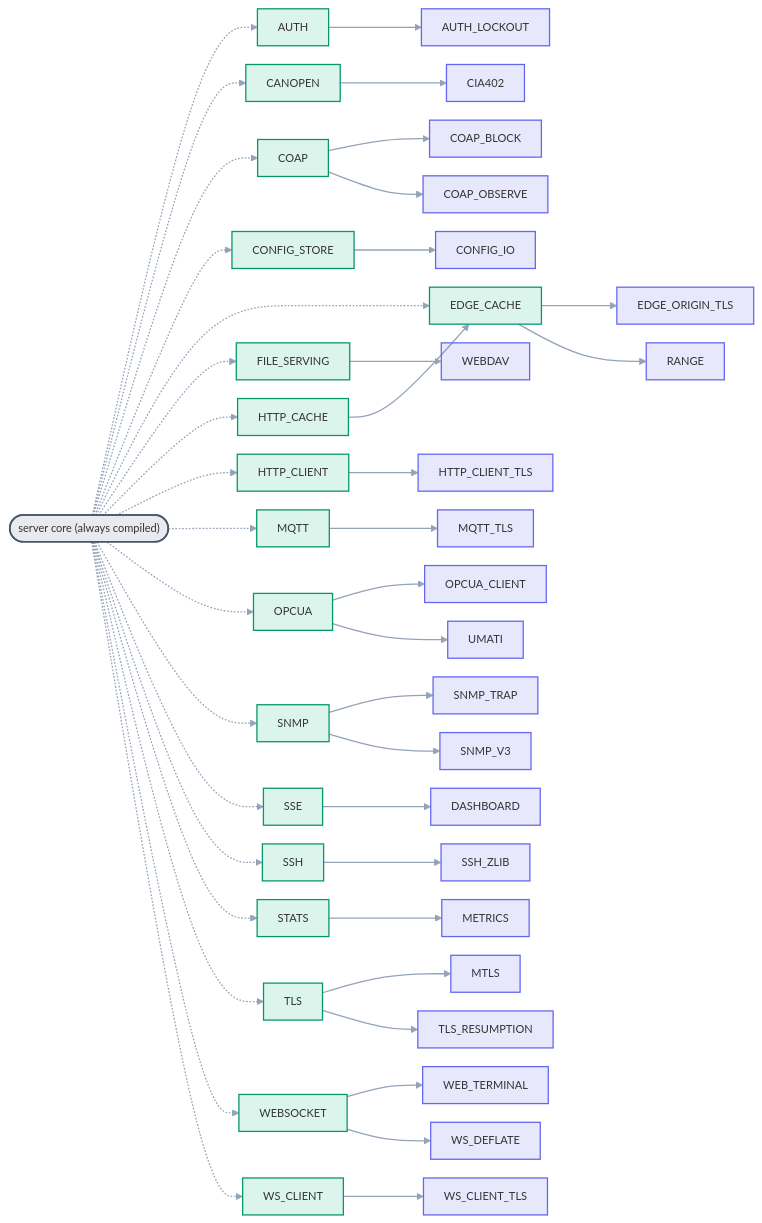
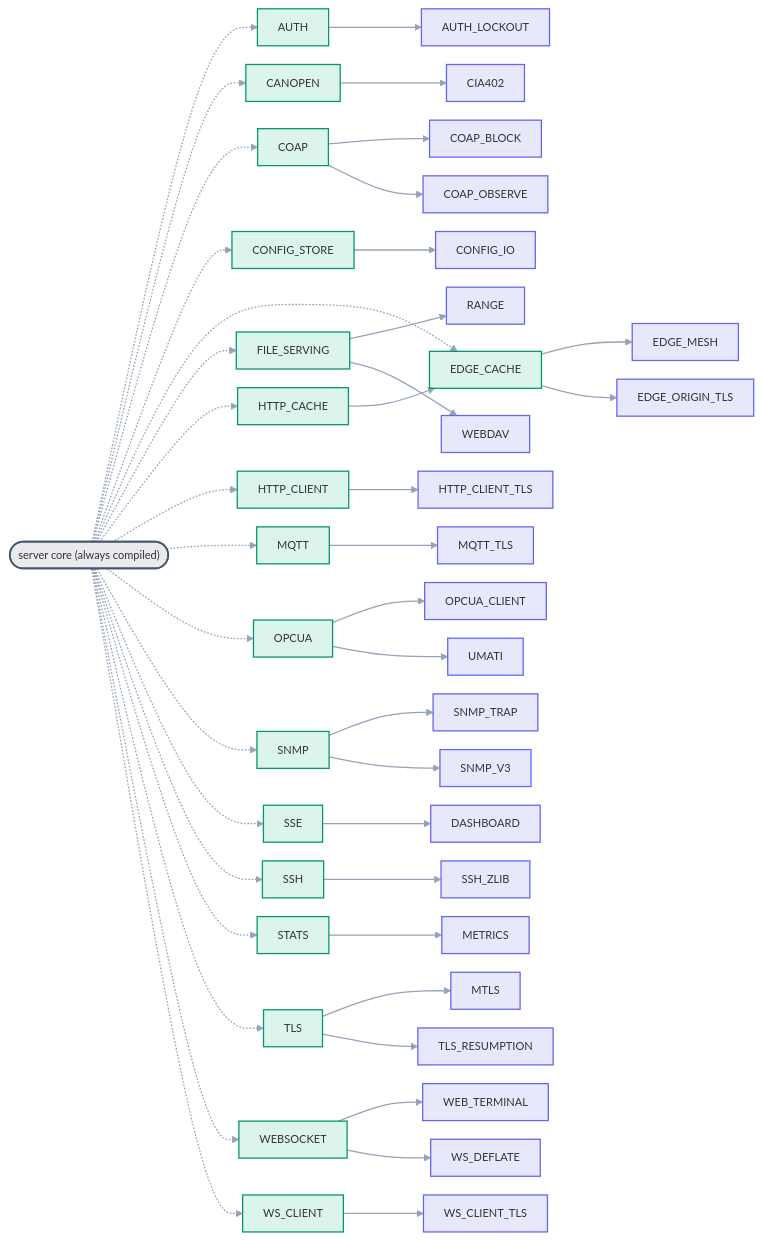
The diagram in docs/diagrams/flag_deps.mmd (dstroy0/DeterministicESPAsyncWebServer), drawn with Mermaid before and after one commit. The commit also changed 5 other files, not shown here.

```diff
--- a/docs/diagrams/flag_deps.mmd
+++ b/docs/diagrams/flag_deps.mmd
@@ -1,96 +1,98 @@
 %%{init: {'themeVariables':{'fontFamily':'monospace','fontSize':'13px','lineColor':'#94a3b8'},'flowchart':{'htmlLabels':false,'curve':'basis','nodeSpacing':22,'rankSpacing':75,'padding':12,'useMaxWidth':false}}}%%
 flowchart LR
   %% Optional feature families hang off the always-compiled core (dotted = optional, NOT
   %% a dependency); within a family a solid A --> B means B requires A (a hard #error).
   %% Auto-generated from the #error / #if guards in src/ServerConfig.h.
 
   CORE(["server core (always compiled)"])
   AUTH["AUTH"]
   CANOPEN["CANOPEN"]
   COAP["COAP"]
   CONFIG_STORE["CONFIG_STORE"]
   EDGE_CACHE["EDGE_CACHE"]
   FILE_SERVING["FILE_SERVING"]
   HTTP_CACHE["HTTP_CACHE"]
   HTTP_CLIENT["HTTP_CLIENT"]
   MQTT["MQTT"]
   OPCUA["OPCUA"]
   SNMP["SNMP"]
   SSE["SSE"]
   SSH["SSH"]
   STATS["STATS"]
   TLS["TLS"]
   WEBSOCKET["WEBSOCKET"]
   WS_CLIENT["WS_CLIENT"]
   AUTH_LOCKOUT["AUTH_LOCKOUT"]
   CIA402["CIA402"]
   COAP_BLOCK["COAP_BLOCK"]
   COAP_OBSERVE["COAP_OBSERVE"]
   CONFIG_IO["CONFIG_IO"]
   DASHBOARD["DASHBOARD"]
+  EDGE_MESH["EDGE_MESH"]
   EDGE_ORIGIN_TLS["EDGE_ORIGIN_TLS"]
   HTTP_CLIENT_TLS["HTTP_CLIENT_TLS"]
   METRICS["METRICS"]
   MQTT_TLS["MQTT_TLS"]
   MTLS["MTLS"]
   OPCUA_CLIENT["OPCUA_CLIENT"]
   RANGE["RANGE"]
   SNMP_TRAP["SNMP_TRAP"]
   SNMP_V3["SNMP_V3"]
   SSH_ZLIB["SSH_ZLIB"]
   TLS_RESUMPTION["TLS_RESUMPTION"]
   UMATI["UMATI"]
   WEBDAV["WEBDAV"]
   WEB_TERMINAL["WEB_TERMINAL"]
   WS_CLIENT_TLS["WS_CLIENT_TLS"]
   WS_DEFLATE["WS_DEFLATE"]
 
   CORE -.-> AUTH
   CORE -.-> CANOPEN
   CORE -.-> COAP
   CORE -.-> CONFIG_STORE
   CORE -.-> EDGE_CACHE
   CORE -.-> FILE_SERVING
   CORE -.-> HTTP_CACHE
   CORE -.-> HTTP_CLIENT
   CORE -.-> MQTT
   CORE -.-> OPCUA
   CORE -.-> SNMP
   CORE -.-> SSE
   CORE -.-> SSH
   CORE -.-> STATS
   CORE -.-> TLS
   CORE -.-> WEBSOCKET
   CORE -.-> WS_CLIENT
 
   AUTH --> AUTH_LOCKOUT
   CANOPEN --> CIA402
   COAP --> COAP_BLOCK
   COAP --> COAP_OBSERVE
   CONFIG_STORE --> CONFIG_IO
+  EDGE_CACHE --> EDGE_MESH
   EDGE_CACHE --> EDGE_ORIGIN_TLS
-  EDGE_CACHE --> RANGE
+  FILE_SERVING --> RANGE
   FILE_SERVING --> WEBDAV
   HTTP_CACHE --> EDGE_CACHE
   HTTP_CLIENT --> HTTP_CLIENT_TLS
   MQTT --> MQTT_TLS
   OPCUA --> OPCUA_CLIENT
   OPCUA --> UMATI
   SNMP --> SNMP_TRAP
   SNMP --> SNMP_V3
   SSE --> DASHBOARD
   SSH --> SSH_ZLIB
   STATS --> METRICS
   TLS --> MTLS
   TLS --> TLS_RESUMPTION
   WEBSOCKET --> WEB_TERMINAL
   WEBSOCKET --> WS_DEFLATE
   WS_CLIENT --> WS_CLIENT_TLS
 
   class CORE core;
   class AUTH,CANOPEN,COAP,CONFIG_STORE,EDGE_CACHE,FILE_SERVING,HTTP_CACHE,HTTP_CLIENT,MQTT,OPCUA,SNMP,SSE,SSH,STATS,TLS,WEBSOCKET,WS_CLIENT parent;
-  class AUTH_LOCKOUT,CIA402,COAP_BLOCK,COAP_OBSERVE,CONFIG_IO,DASHBOARD,EDGE_ORIGIN_TLS,HTTP_CLIENT_TLS,METRICS,MQTT_TLS,MTLS,OPCUA_CLIENT,RANGE,SNMP_TRAP,SNMP_V3,SSH_ZLIB,TLS_RESUMPTION,UMATI,WEBDAV,WEB_TERMINAL,WS_CLIENT_TLS,WS_DEFLATE child;
+  class AUTH_LOCKOUT,CIA402,COAP_BLOCK,COAP_OBSERVE,CONFIG_IO,DASHBOARD,EDGE_MESH,EDGE_ORIGIN_TLS,HTTP_CLIENT_TLS,METRICS,MQTT_TLS,MTLS,OPCUA_CLIENT,RANGE,SNMP_TRAP,SNMP_V3,SSH_ZLIB,TLS_RESUMPTION,UMATI,WEBDAV,WEB_TERMINAL,WS_CLIENT_TLS,WS_DEFLATE child;
   classDef core fill:#64748b26,stroke:#475569,stroke-width:2px;
   classDef parent fill:#10b98126,stroke:#059669,stroke-width:1.5px;
   classDef child fill:#6366f126,stroke:#6366f1,stroke-width:1.5px;
   linkStyle default stroke-width:1.5px;
```
